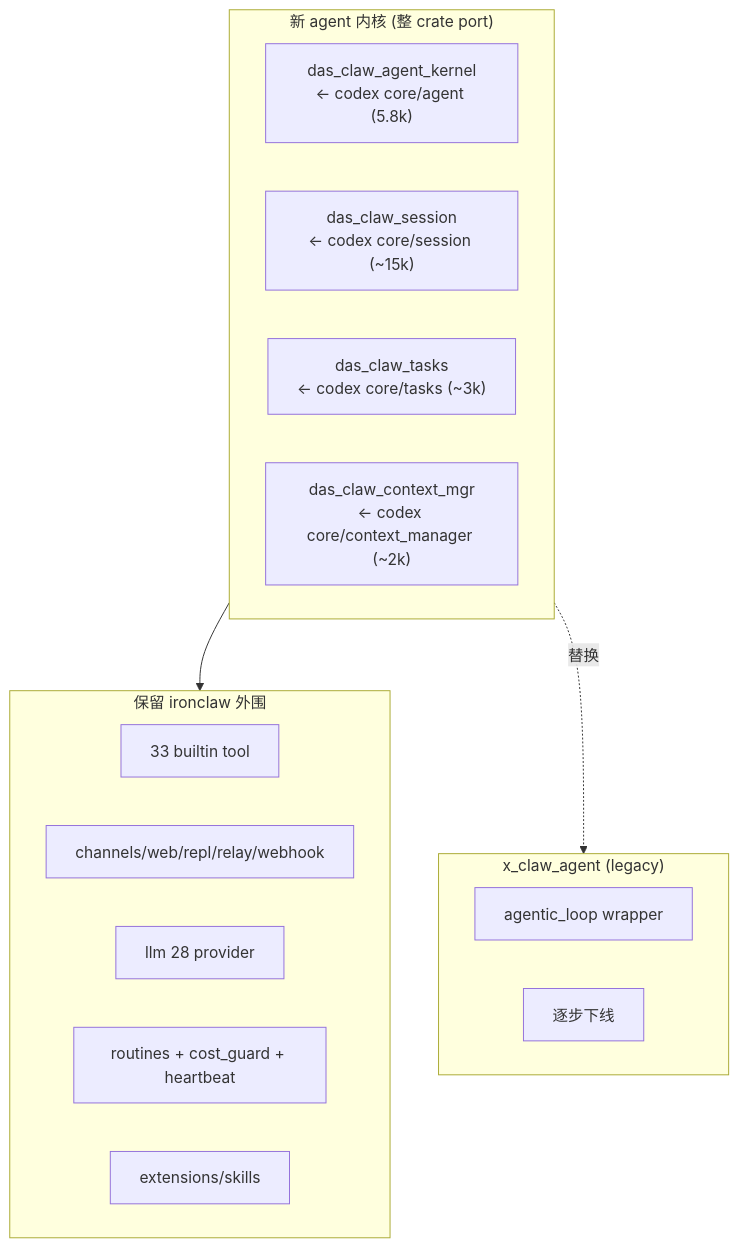
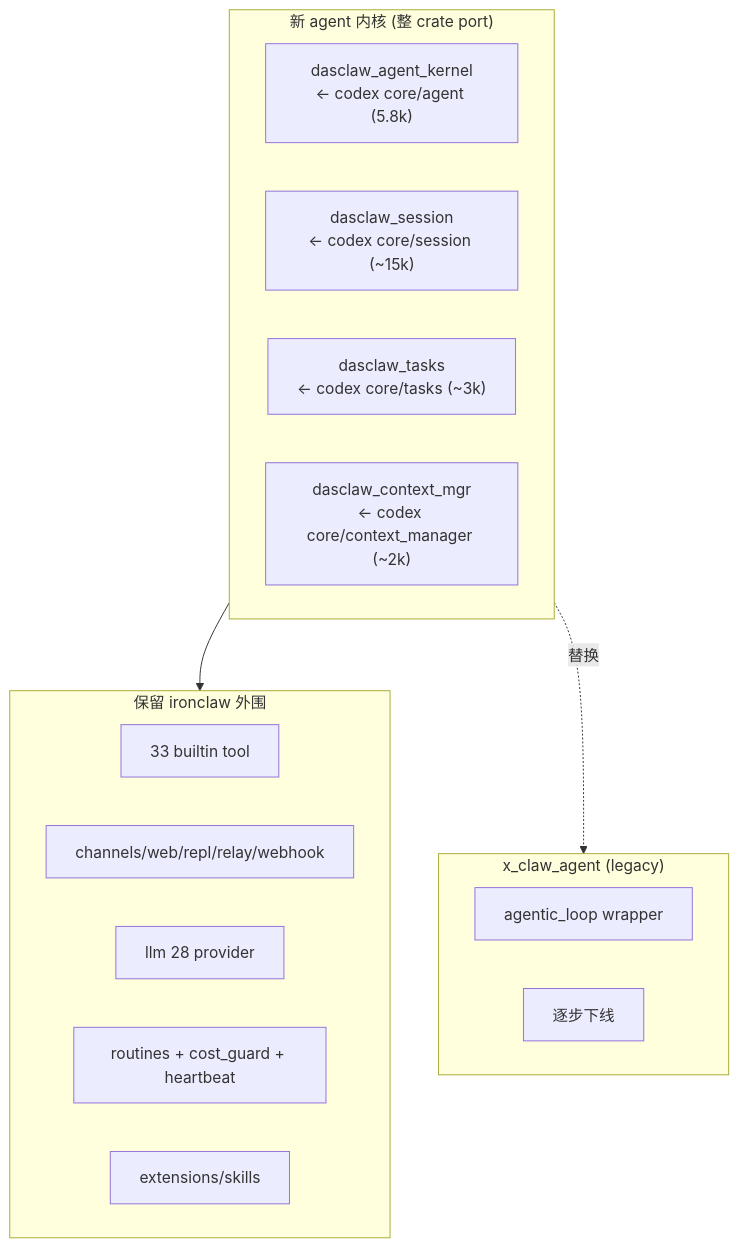
Before and after one commit to Linnanli/xClaw: the second of 4 diagrams in docs/plans/architecture-refactor/10-agent-kernel-quality-assessment.md, drawn with Mermaid. The commit also changed other lines of this file and 1 other file, not shown here.

First line of the commit message:
docs(phase4): rename das_claw_* → dasclaw_* + add §8 codex porting boundary + §9 claw-code positioning

````diff
--- a/docs/plans/architecture-refactor/10-agent-kernel-quality-assessment.md
+++ b/docs/plans/architecture-refactor/10-agent-kernel-quality-assessment.md
@@ -180,22 +180,22 @@
 ```mermaid
 flowchart TB
     subgraph 新内核["新 agent 内核 (整 crate port)"]
-        C1["das_claw_agent_kernel<br/>← codex core/agent (5.8k)"]
-        C2["das_claw_session<br/>← codex core/session (~15k)"]
-        C3["das_claw_tasks<br/>← codex core/tasks (~3k)"]
-        C4["das_claw_context_mgr<br/>← codex core/context_manager (~2k)"]
+        C1["dasclaw_agent_kernel<br/>← codex core/agent (5.8k)"]
+        C2["dasclaw_session<br/>← codex core/session (~15k)"]
+        C3["dasclaw_tasks<br/>← codex core/tasks (~3k)"]
+        C4["dasclaw_context_mgr<br/>← codex core/context_manager (~2k)"]
     end
     subgraph 保留["保留 ironclaw 外围"]
         D1[33 builtin tool]
         D2[channels/web/repl/relay/webhook]
         D3[llm 28 provider]
         D4[routines + cost_guard + heartbeat]
         D5[extensions/skills]
     end
     subgraph 旧["x_claw_agent (legacy)"]
         E1[agentic_loop wrapper]
         E2[逐步下线]
     end
     新内核 --> 保留
     新内核 -.替换.-> 旧
 ```
````
